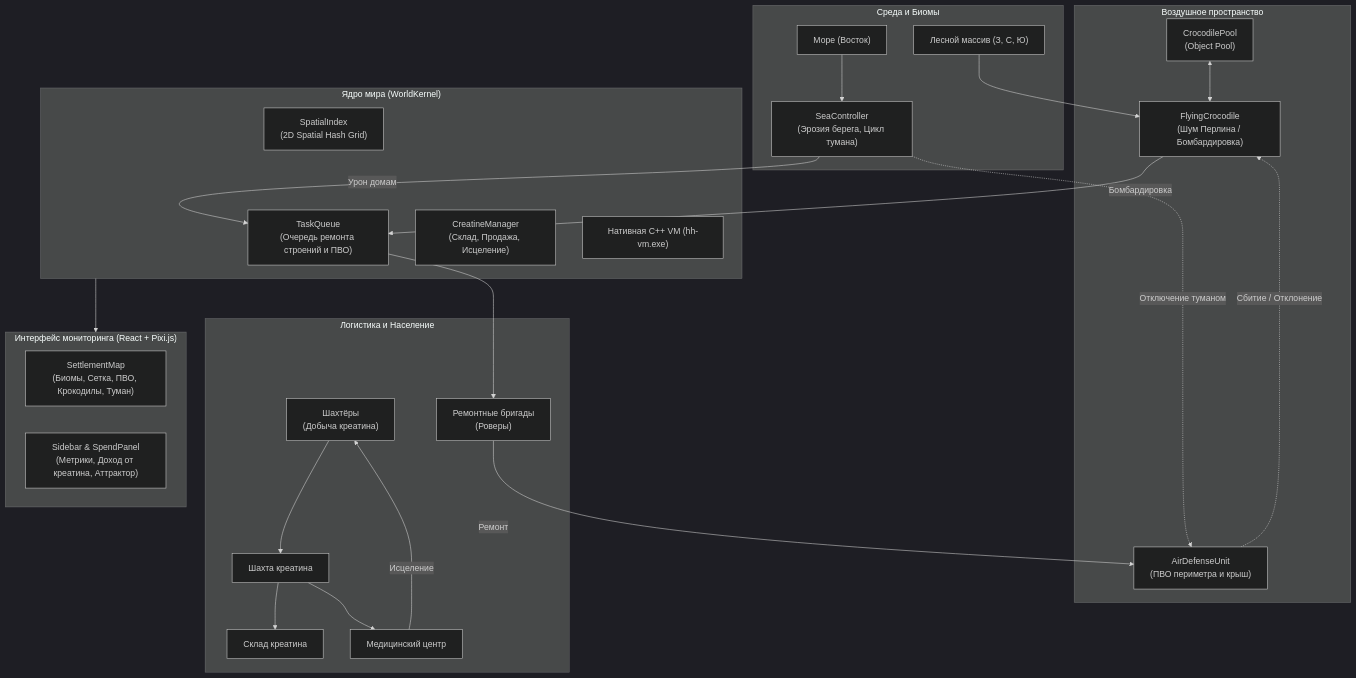
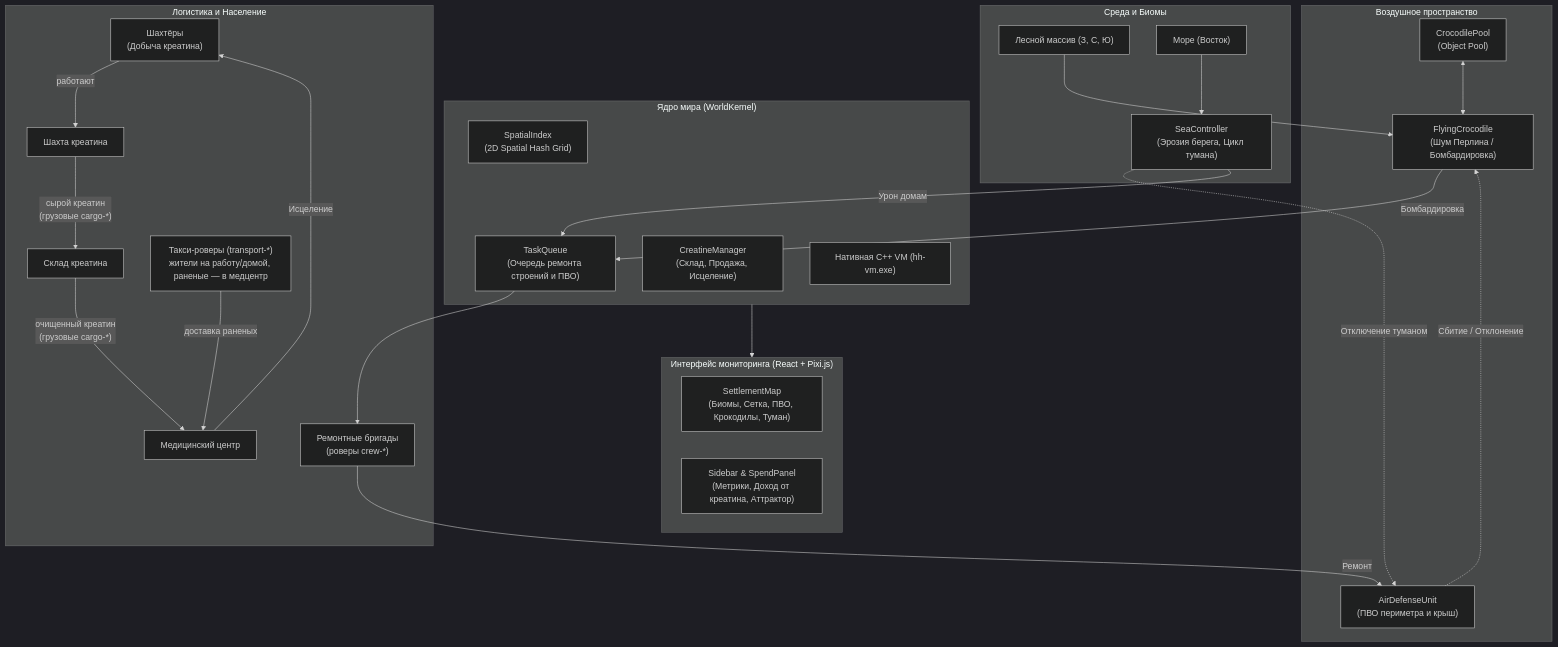
The third of 3 diagrams in docs/architecture.md (FeToR1/hadleys-hope-simulator), drawn with Mermaid (dark theme) before and after one commit.

Commit message:
docs(architecture): 2.2 — цепочка креатина через склад с грузовыми и такси-роверами

````diff
--- a/docs/architecture.md
+++ b/docs/architecture.md
@@ -91,47 +91,51 @@
 ```mermaid
 flowchart TD
     subgraph Environment ["Среда и Биомы"]
         Forest["Лесной массив (З, С, Ю)"]
         Sea["Море (Восток)"]
         SeaCtrl["SeaController\n(Эрозия берега, Цикл тумана)"]
         Sea --> SeaCtrl
     end
 
     subgraph DefenseAndThreatsSub ["Воздушное пространство"]
         CrocPool["CrocodilePool\n(Object Pool)"]
         Crocs["FlyingCrocodile\n(Шум Перлина / Бомбардировка)"]
         ADS["AirDefenseUnit\n(ПВО периметра и крыш)"]
         Forest --> Crocs
         CrocPool <--> Crocs
         ADS -.->|"Сбитие / Отклонение"| Crocs
         SeaCtrl -.->|"Отключение туманом"| ADS
     end
 
     subgraph SimulationCore ["Ядро мира (WorldKernel)"]
         Spatial["SpatialIndex\n(2D Spatial Hash Grid)"]
         Tasks["TaskQueue\n(Очередь ремонта строений и ПВО)"]
         Creatine["CreatineManager\n(Склад, Продажа, Исцеление)"]
         CVM["Нативная C++ VM (hh-vm.exe)"]
     end
 
     subgraph Logistics ["Логистика и Население"]
         Miners["Шахтёры\n(Добыча креатина)"]
         Mine["Шахта креатина"]
         Depot["Склад креатина"]
         MedCenter["Медицинский центр"]
-        Crews["Ремонтные бригады\n(Роверы)"]
-        Miners --> Mine --> Depot & MedCenter
+        Crews["Ремонтные бригады\n(роверы crew-*)"]
+        Taxi["Такси-роверы (transport-*)\nжители на работу/домой, раненые — в медцентр"]
+        Miners -->|"работают"| Mine
+        Mine -->|"сырой креатин<br/>(грузовые cargo-*)"| Depot
+        Depot -->|"очищенный креатин<br/>(грузовые cargo-*)"| MedCenter
         MedCenter -->|"Исцеление"| Miners
+        Taxi -->|"доставка раненых"| MedCenter
         Tasks --> Crews -->|"Ремонт"| ADS
     end
 
     subgraph UI ["Интерфейс мониторинга (React + Pixi.js)"]
         Map["SettlementMap\n(Биомы, Сетка, ПВО, Крокодилы, Туман)"]
         Sidebar["Sidebar & SpendPanel\n(Метрики, Доход от креатина, Аттрактор)"]
     end
 
     Spatial --- SimulationCore
     SeaCtrl -->|"Урон домам"| Tasks
     Crocs -->|"Бомбардировка"| Tasks
     SimulationCore --> UI
 ```
````
